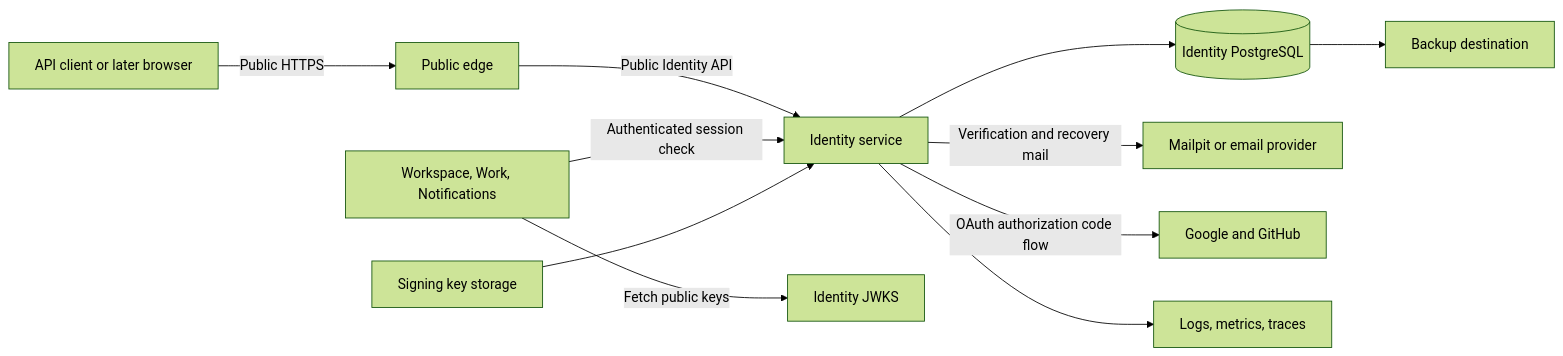
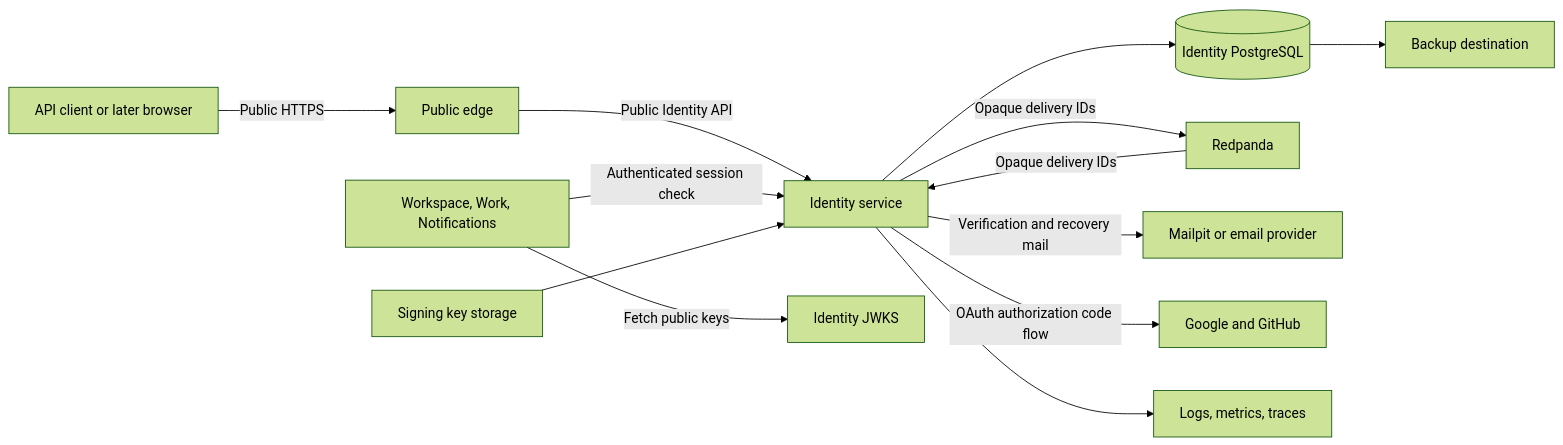
One commit to vasapolrittideah/flowspace-api changed the diagram in docs/security/identity-threat-model.md. Above: the diagram before and after it, drawn with Mermaid (forest theme). The commit also changed other lines of this file and 3 other files, not shown here.

````diff
--- a/docs/security/identity-threat-model.md
+++ b/docs/security/identity-threat-model.md
@@ -36,13 +36,15 @@
 ```mermaid
 flowchart LR
     Client[API client or later browser] -->|Public HTTPS| Edge[Public edge]
     Edge -->|Public Identity API| Identity[Identity service]
     Identity --> IdentityDB[(Identity PostgreSQL)]
+    Identity -->|Opaque delivery IDs| Broker[Redpanda]
+    Broker -->|Opaque delivery IDs| Identity
     Identity -->|Verification and recovery mail| Mail[Mailpit or email provider]
     Identity -->|OAuth authorization code flow| Providers[Google and GitHub]
     Services[Workspace, Work, Notifications] -->|Authenticated session check| Identity
     Services -->|Fetch public keys| JWKS[Identity JWKS]
     Keys[Signing key storage] --> Identity
     Identity --> Telemetry[Logs, metrics, traces]
     IdentityDB --> Backups[Backup destination]
 ```
````
